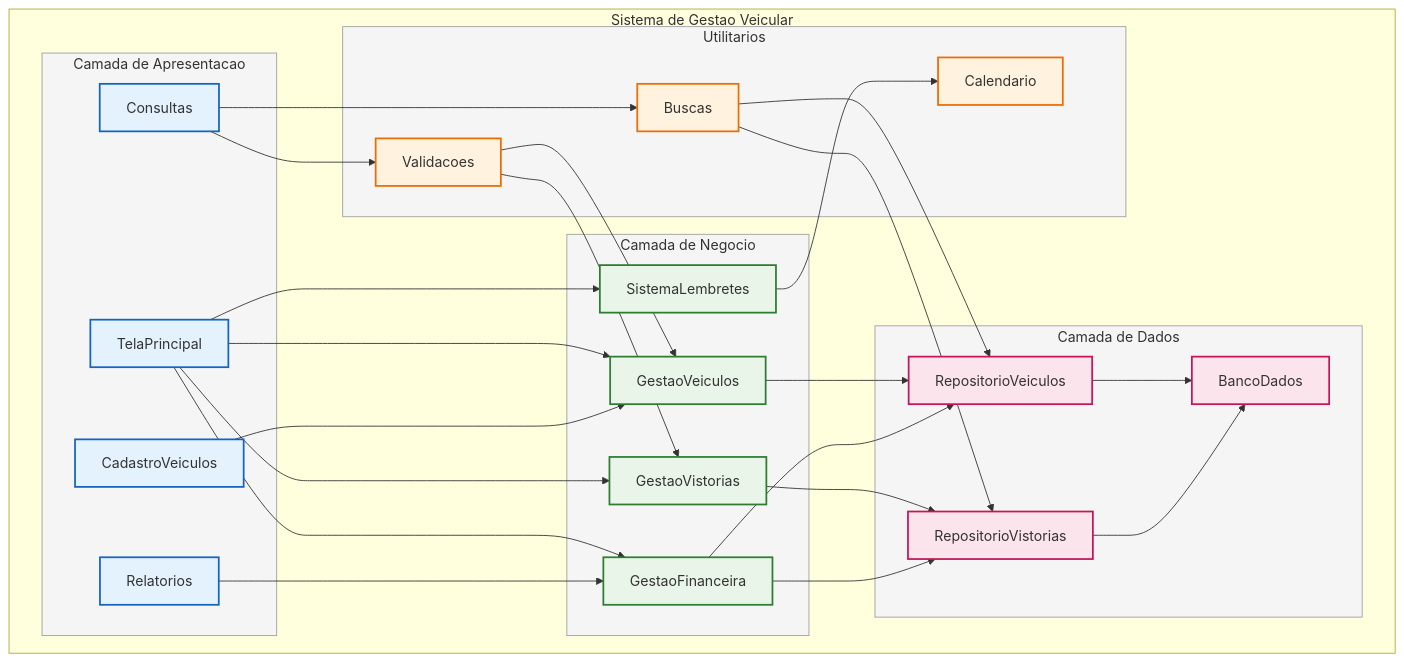
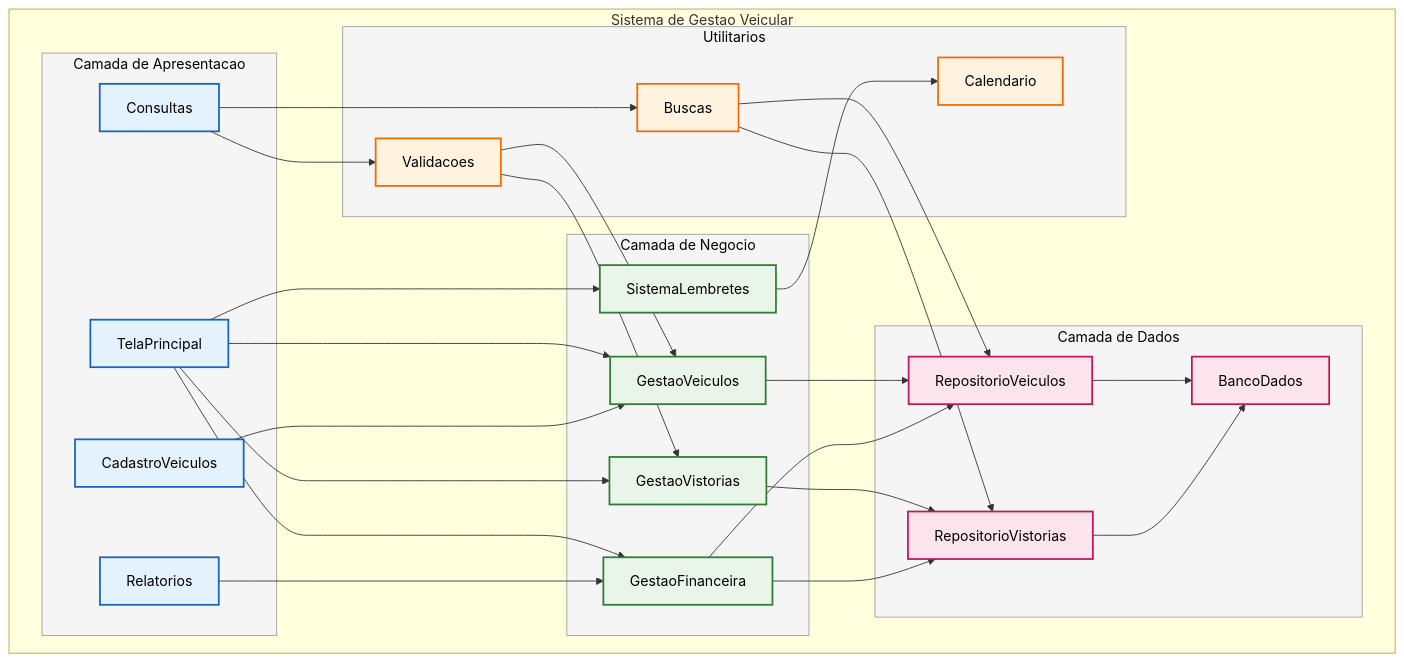
The second of 2 diagrams in README.md (Annanicacio/Sistema-de-Gerenciamento), drawn with Mermaid before and after one commit. The commit also changed other lines of this file, not shown here.

````diff
--- a/README.md
+++ b/README.md
@@ -233,69 +231,69 @@
 ```mermaid
 graph TB
     %% Pacotes/Modules principais
     subgraph "Sistema de Gestao Veicular"
         subgraph PACOTE1 [Camada de Apresentacao]
             C1[TelaPrincipal]
             C2[CadastroVeiculos]
             C3[Consultas]
             C4[Relatorios]
         end
         
         subgraph PACOTE2 [Camada de Negocio]
             C5[GestaoVeiculos]
             C6[GestaoVistorias]
             C7[SistemaLembretes]
             C8[GestaoFinanceira]
         end
         
         subgraph PACOTE3 [Camada de Dados]
             C9[BancoDados]
             C10[RepositorioVeiculos]
             C11[RepositorioVistorias]
         end
         
         subgraph PACOTE4 [Utilitarios]
             C12[Calendario]
             C13[Buscas]
             C14[Validacoes]
         end
     end
 
     %% Dependencias entre componentes
     C1 --> C5
     C1 --> C6
     C1 --> C7
     C1 --> C8
     
     C2 --> C5
     C3 --> C14
     C3 --> C13
     C4 --> C8
     
     C5 --> C10
     C6 --> C11
     C7 --> C12
     C8 --> C10
     C8 --> C11
     
     C10 --> C9
     C11 --> C9
     C13 --> C10
     C13 --> C11
     
     C14 --> C5
     C14 --> C6
 
     %% Estilizacao
-    classDef presentation fill:#e3f2fd,stroke:#1565c0,stroke-width:2px
-    classDef business fill:#e8f5e8,stroke:#2e7d32,stroke-width:2px
-    classDef data fill:#fce4ec,stroke:#c2185b,stroke-width:2px
-    classDef utils fill:#fff3e0,stroke:#ef6c00,stroke-width:2px
-    classDef package fill:#f5f5f5,stroke:#9e9e9e,stroke-width:1px
+    classDef presentation fill:#e3f2fd,stroke:#1565c0,stroke-width:2px,color:#000000
+    classDef business fill:#e8f5e8,stroke:#2e7d32,stroke-width:2px,color:#000000
+    classDef data fill:#fce4ec,stroke:#c2185b,stroke-width:2px,color:#000000
+    classDef utils fill:#fff3e0,stroke:#ef6c00,stroke-width:2px,color:#000000
+    classDef package fill:#f5f5f5,stroke:#9e9e9e,stroke-width:1px,color:#000000
     
     class C1,C2,C3,C4 presentation
     class C5,C6,C7,C8 business
     class C9,C10,C11 data
     class C12,C13,C14 utils
     class PACOTE1,PACOTE2,PACOTE3,PACOTE4 package
 ```
````
